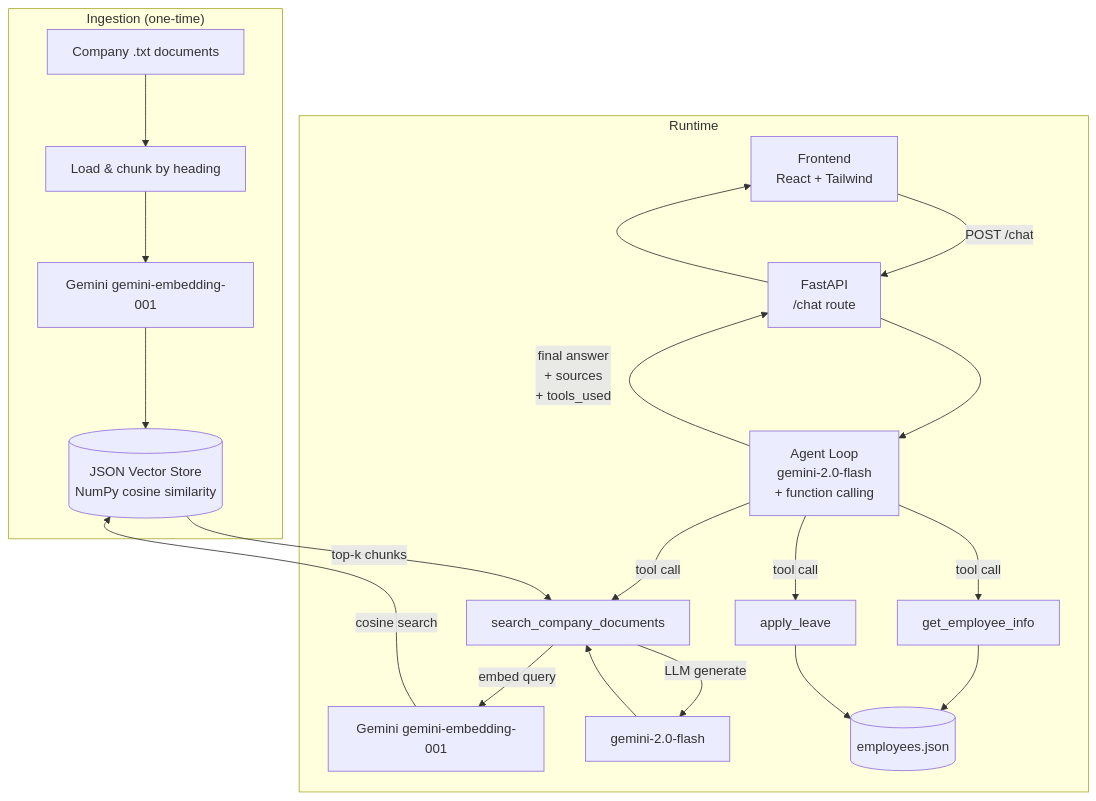
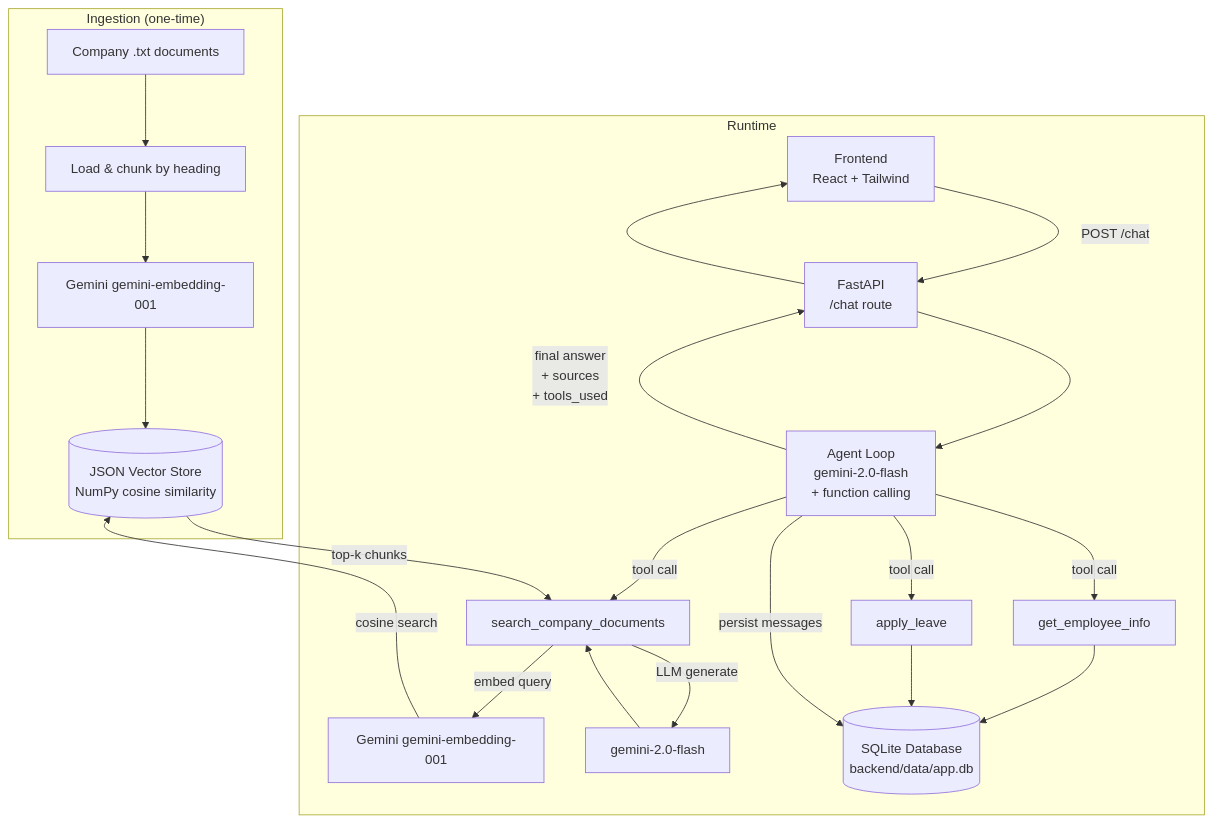
The diagram in docs/architecture.md (0xRoS-200/EndWidth-Assessment), drawn with Mermaid before and after one commit. The commit also changed other lines of this file and 12 other files, not shown here.

Commit message:
feat: Add persistent SQLite database for structured storage, leave tracking, and chat sessions

````diff
--- a/docs/architecture.md
+++ b/docs/architecture.md
@@ -5,29 +5,30 @@
 ```mermaid
 flowchart TD
     subgraph Ingestion ["Ingestion (one-time)"]
         D[Company .txt documents] --> L[Load & chunk by heading]
         L --> E[Gemini gemini-embedding-001]
         E --> V[(JSON Vector Store\nNumPy cosine similarity)]
     end
 
     subgraph Runtime ["Runtime"]
         FE[Frontend\nReact + Tailwind] -->|POST /chat| API[FastAPI\n/chat route]
         API --> AG[Agent Loop\ngemini-2.0-flash\n+ function calling]
 
         AG -->|tool call| T1[search_company_documents]
         AG -->|tool call| T2[get_employee_info]
         AG -->|tool call| T3[apply_leave]
 
         T1 -->|embed query| E2[Gemini gemini-embedding-001]
         E2 -->|cosine search| V
         V -->|top-k chunks| T1
         T1 -->|LLM generate| LLM[gemini-2.0-flash]
         LLM --> T1
 
-        T2 --> EDB[(employees.json)]
-        T3 --> EDB
+        T2 --> SDB[(SQLite Database\nbackend/data/app.db)]
+        T3 --> SDB
+        AG -->|persist messages| SDB
 
         AG -->|final answer\n+ sources\n+ tools_used| API
         API --> FE
     end
 ```
````
